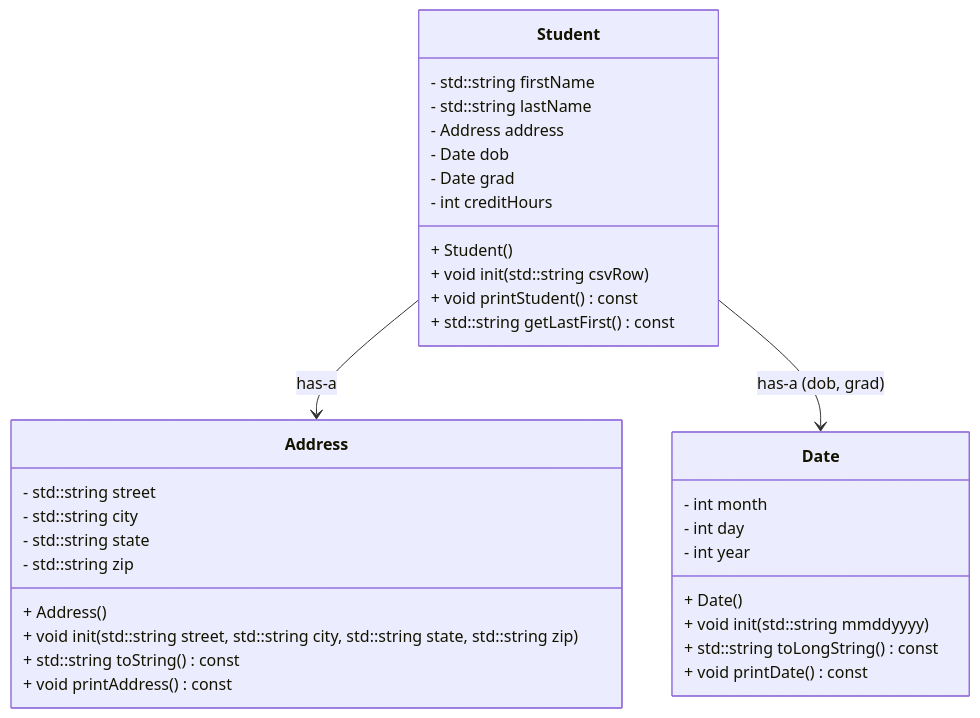
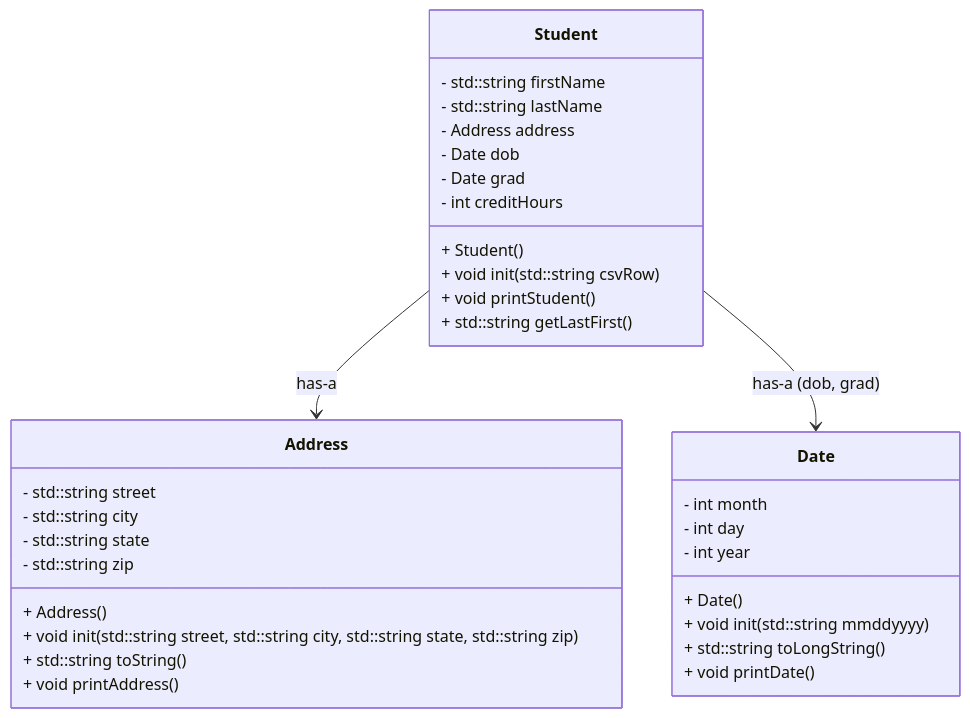
Before and after one commit to jakealieberman/CS121_Project_6: the diagram in README.md, drawn with Mermaid.

````diff
--- a/README.md
+++ b/README.md
@@ -3,36 +3,36 @@
 ```mermaid
 classDiagram
 class Date {
 - int month
 - int day
 - int year
 + Date()
 + void init(std::string mmddyyyy)
-+ std::string toLongString() const
-+ void printDate() const
++ std::string toLongString()
++ void printDate()
 }
 class Address {
 - std::string street
 - std::string city
 - std::string state
 - std::string zip
 + Address()
 + void init(std::string street, std::string city, std::string state, std::string zip)
-+ std::string toString() const
-+ void printAddress() const
++ std::string toString()
++ void printAddress()
 }
 class Student {
 - std::string firstName
 - std::string lastName
 - Address address
 - Date dob
 - Date grad
 - int creditHours
 + Student()
 + void init(std::string csvRow)
-+ void printStudent() const
-+ std::string getLastFirst() const
++ void printStudent()
++ std::string getLastFirst()
 }
 Student --> Address : has-a
 Student --> Date : has-a (dob, grad)
 ```
````
